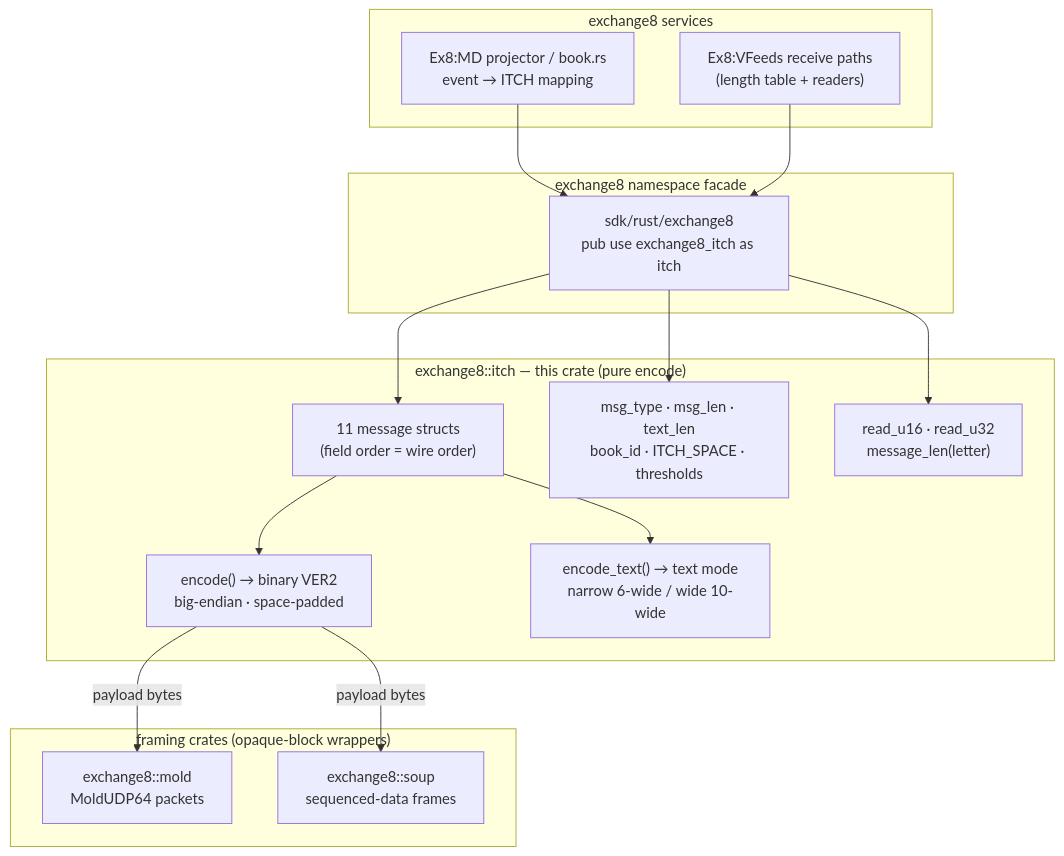
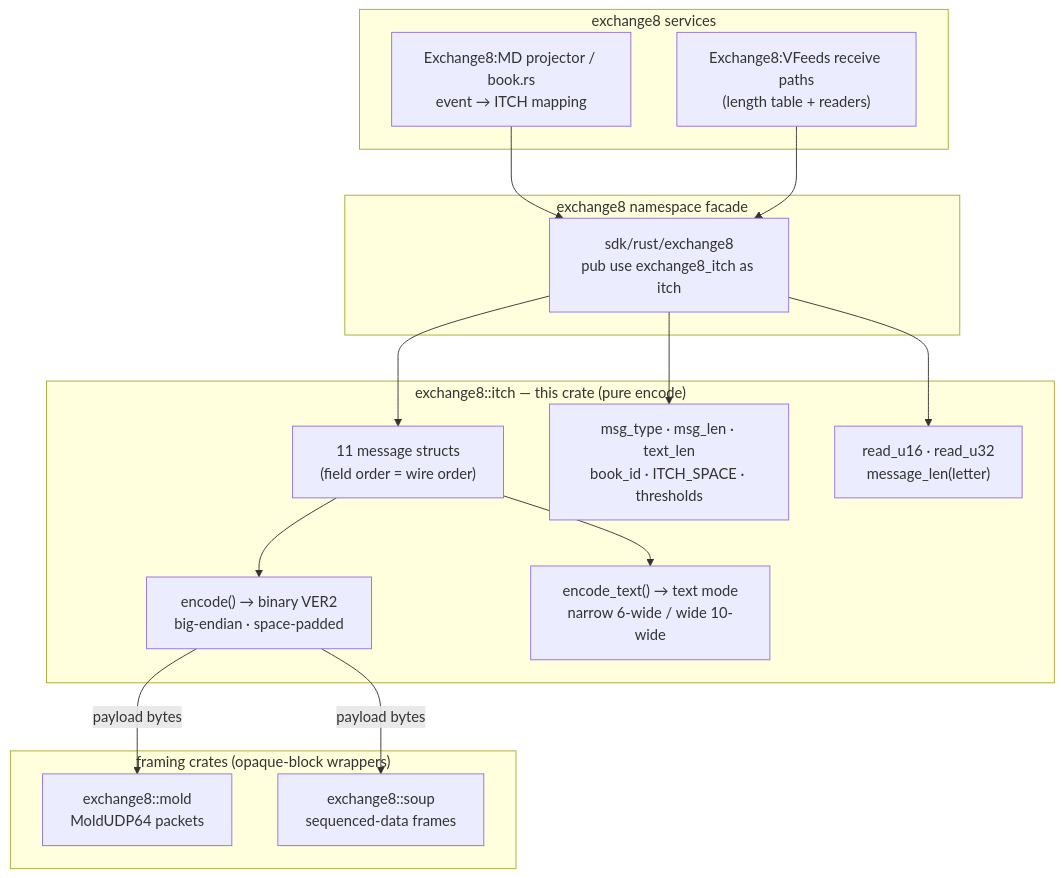
One commit to Exchange8-dev/exchange8-sdk changed the diagram in crates/itch/README.md. Above: the diagram before and after it, drawn with Mermaid. The commit also changed other lines of this file and 29 other files, not shown here.

````diff
--- a/crates/itch/README.md
+++ b/crates/itch/README.md
@@ -44,34 +44,34 @@
 ```mermaid
 graph TD
     subgraph CONSUMERS["exchange8 services"]
-        MD["Ex8:MD projector / book.rs<br/>event → ITCH mapping"]
-        VFRX["Ex8:VFeeds receive paths<br/>(length table + readers)"]
+        MD["Exchange8:MD projector / book.rs<br/>event → ITCH mapping"]
+        VFRX["Exchange8:VFeeds receive paths<br/>(length table + readers)"]
     end
 
     subgraph FACADE["exchange8 namespace facade"]
         SDK["sdk/rust/exchange8<br/>pub use exchange8_itch as itch"]
     end
 
     subgraph CRATE["exchange8::itch — this crate (pure encode)"]
         TYPES["11 message structs<br/>(field order = wire order)"]
         BIN["encode() → binary VER2<br/>big-endian · space-padded"]
         TXT["encode_text() → text mode<br/>narrow 6-wide / wide 10-wide"]
         VOCAB["msg_type · msg_len · text_len<br/>book_id · ITCH_SPACE · thresholds"]
         READ["read_u16 · read_u32<br/>message_len(letter)"]
     end
 
     subgraph FRAMES["framing crates (opaque-block wrappers)"]
         MOLD["exchange8::mold<br/>MoldUDP64 packets"]
         SOUP["exchange8::soup<br/>sequenced-data frames"]
     end
 
     MD --> SDK
     VFRX --> SDK
     SDK --> TYPES
     SDK --> VOCAB
     SDK --> READ
     TYPES --> BIN
     TYPES --> TXT
     BIN -->|"payload bytes"| MOLD
     BIN -->|"payload bytes"| SOUP
 ```
````
